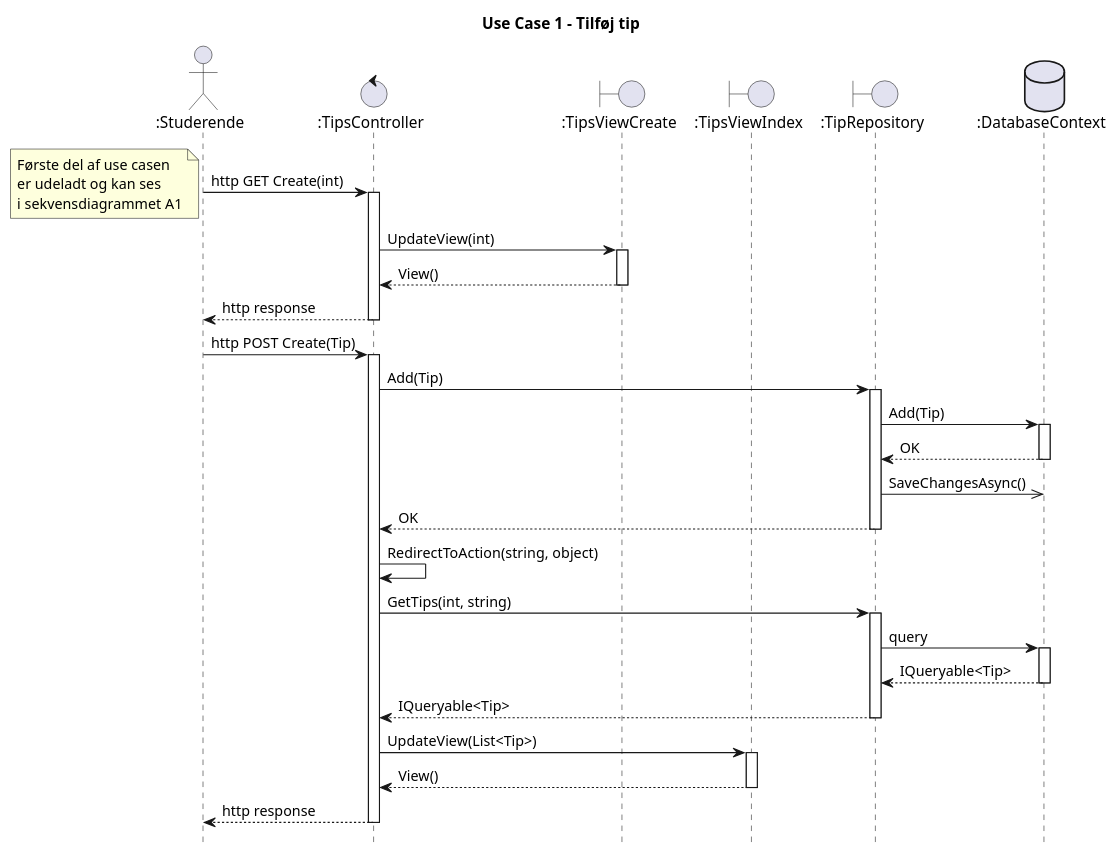
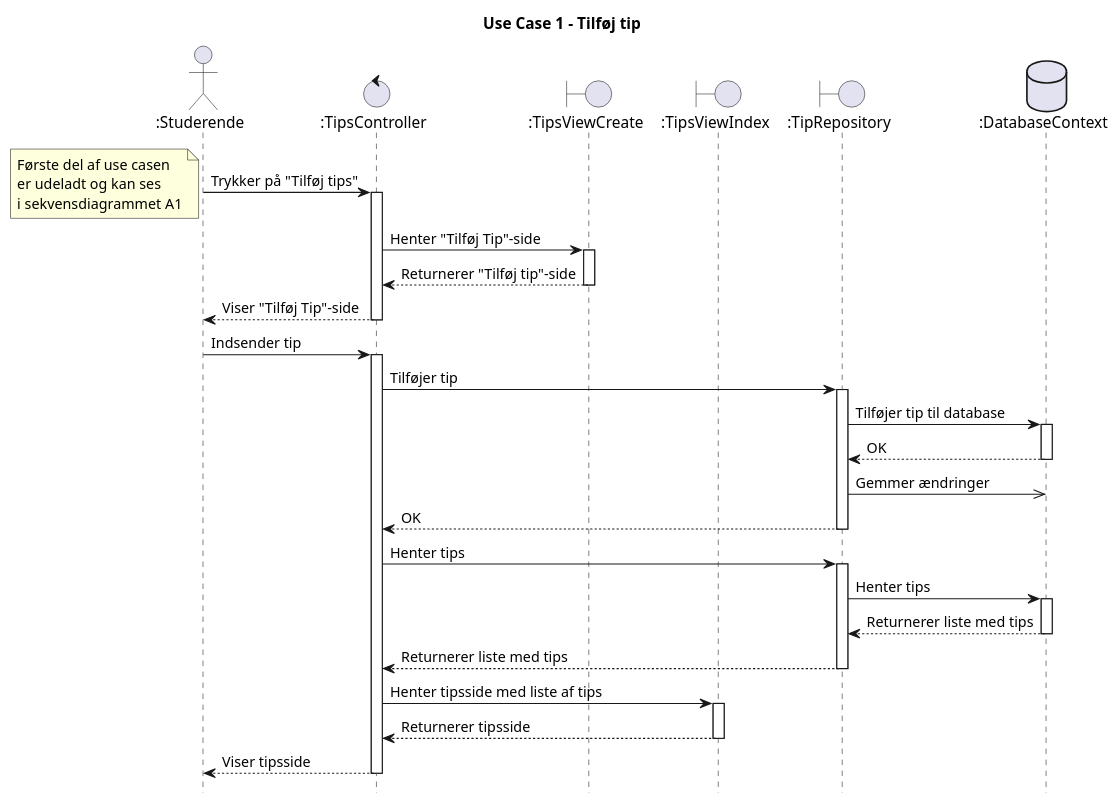
One commit to I4PRJ4/I4PRJ4-plantuml changed the diagram in plantuml/Sequence Diagrams/Arkitektur/UC1.puml. Above: the diagram before and after it, drawn with PlantUML.

```diff
--- a/plantuml/Sequence Diagrams/Arkitektur/UC1.puml
+++ b/plantuml/Sequence Diagrams/Arkitektur/UC1.puml
@@ -1,74 +1,73 @@
 @startuml
 title Use Case 1 - Tilføj tip
 
 actor       ":Studerende"       as stud
 control       ":TipsController"       as tipscont
 boundary       ":TipsViewCreate"       as tipscreate
 boundary       ":TipsViewIndex"       as tipsindex
 boundary       ":TipRepository"       as tipsrepo
 database       ":DatabaseContext"       as db
 
 
-stud -> tipscont: http GET Create(int)
+stud -> tipscont: Trykker på "Tilføj tips"
 
 note left
 Første del af use casen
 er udeladt og kan ses
 i sekvensdiagrammet A1
 end note
 
 
 Activate tipscont
-tipscont -> tipscreate: UpdateView(int)
+tipscont -> tipscreate: Henter "Tilføj Tip"-side
 
 Activate tipscreate
-tipscreate --> tipscont: View()
+tipscreate --> tipscont: Returnerer "Tilføj tip"-side
 Deactivate tipscreate
 
-tipscont --> stud: http response
+tipscont --> stud: Viser "Tilføj Tip"-side
 
 Deactivate tipscont
 
-stud -> tipscont: http POST Create(Tip)
+stud -> tipscont: Indsender tip
 
 Activate tipscont
-tipscont -> tipsrepo: Add(Tip)
+tipscont -> tipsrepo: Tilføjer tip
 
 Activate tipsrepo
-tipsrepo -> db: Add(Tip)
+tipsrepo -> db: Tilføjer tip til database
 
 Activate db
 db --> tipsrepo: OK
 Deactivate db
 
-tipsrepo ->> db: SaveChangesAsync()
+tipsrepo ->> db: Gemmer ændringer
 
 tipsrepo --> tipscont: OK
 Deactivate tipsrepo
 
-tipscont -> tipscont: RedirectToAction(string, object)
-tipscont -> tipsrepo: GetTips(int, string)
+tipscont -> tipsrepo: Henter tips
 
 Activate tipsrepo
-tipsrepo -> db: query
+tipsrepo -> db: Henter tips
 
 Activate db
-db --> tipsrepo: IQueryable<Tip>
+db --> tipsrepo: Returnerer liste med tips
 Deactivate db
 
-tipsrepo --> tipscont: IQueryable<Tip>
+tipsrepo --> tipscont: Returnerer liste med tips
 
 Deactivate tipsrepo
 
-tipscont -> tipsindex: UpdateView(List<Tip>)
+tipscont -> tipsindex: Henter tipsside med liste af tips
 Activate tipsindex
-tipsindex --> tipscont: View()
+tipsindex --> tipscont: Returnerer tipsside
 Deactivate tipsindex
 
-tipscont --> stud: http response
+tipscont --> stud: Viser tipsside
 Deactivate tipscont
 
 
 hide footbox
 
 @enduml
```
